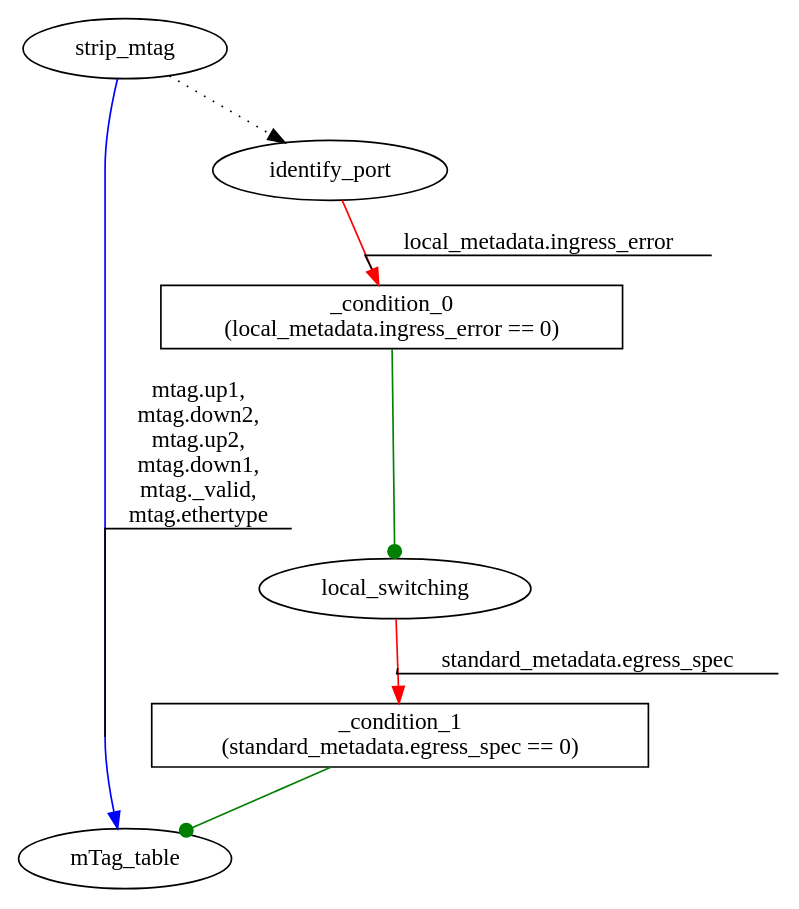
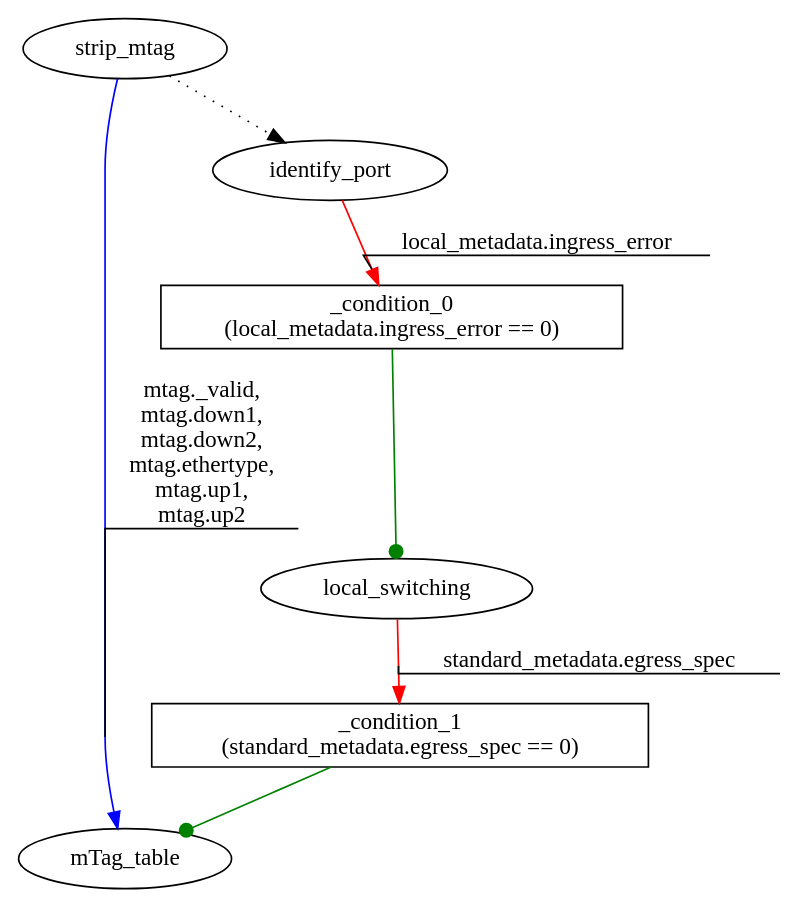
The diagram in v1.0.3/mtag/out1-unchanged/mtag-edge.ingress.tables_dep.dot (jafingerhut/p4lang-tests), drawn with Graphviz before and after one commit. The commit also changed 12 other files, not shown here.

First line of the commit message:
Use p4-graphs with modifications for more consistent run-to-run contents of stdout.txt and dot files

```diff
--- a/v1.0.3/mtag/out1-unchanged/mtag-edge.ingress.tables_dep.dot
+++ b/v1.0.3/mtag/out1-unchanged/mtag-edge.ingress.tables_dep.dot
@@ -1,15 +1,15 @@
 digraph ingress {
+_condition_0 [shape=box label="_condition_0\n(local_metadata.ingress_error == 0)"];
 _condition_1 [shape=box label="_condition_1\n(standard_metadata.egress_spec == 0)"];
-_condition_0 [shape=box label="_condition_0\n(local_metadata.ingress_error == 0)"];
-strip_mtag -> mTag_table [color=blue label="mtag.up1,
+_condition_0 -> local_switching [color=green label="" decorate=true arrowhead = dot];
+_condition_1 -> mTag_table [color=green label="" decorate=true arrowhead = dot];
+identify_port -> _condition_0 [color=red label="local_metadata.ingress_error" decorate=true];
+local_switching -> _condition_1 [color=red label="standard_metadata.egress_spec" decorate=true];
+strip_mtag -> identify_port [style=dotted ];
+strip_mtag -> mTag_table [color=blue label="mtag._valid,
+mtag.down1,
 mtag.down2,
-mtag.up2,
-mtag.down1,
-mtag._valid,
-mtag.ethertype" decorate=true];
-strip_mtag -> identify_port [style=dotted ];
-identify_port -> _condition_0 [color=red label="local_metadata.ingress_error" decorate=true];
-_condition_1 -> mTag_table [color=green label="" decorate=true arrowhead = dot];
-_condition_0 -> local_switching [color=green label="" decorate=true arrowhead = dot];
-local_switching -> _condition_1 [color=red label="standard_metadata.egress_spec" decorate=true];
+mtag.ethertype,
+mtag.up1,
+mtag.up2" decorate=true];
 }
```
